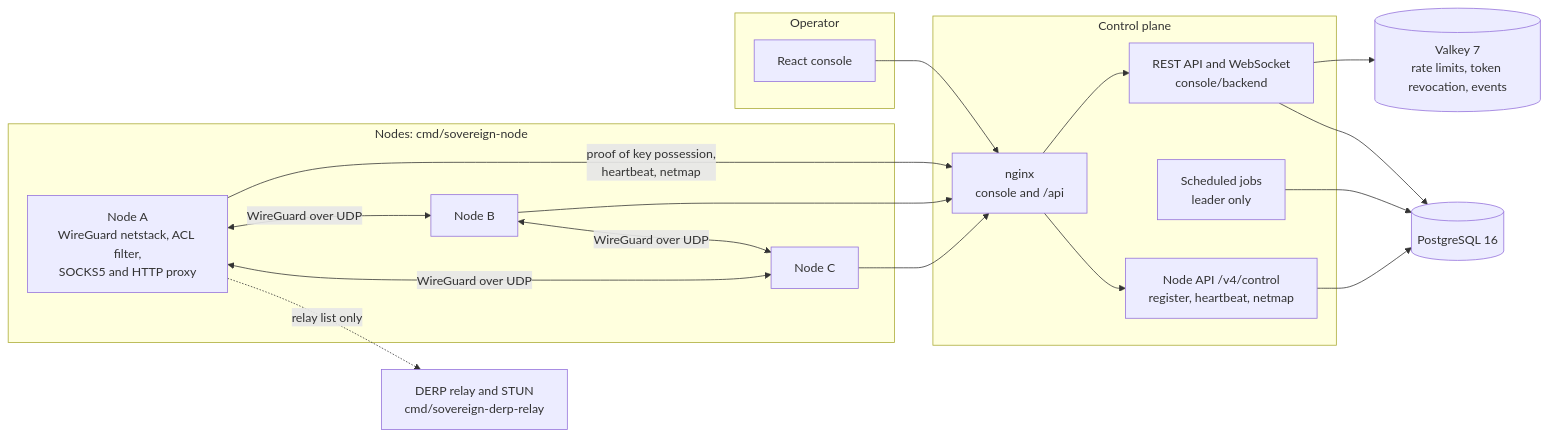
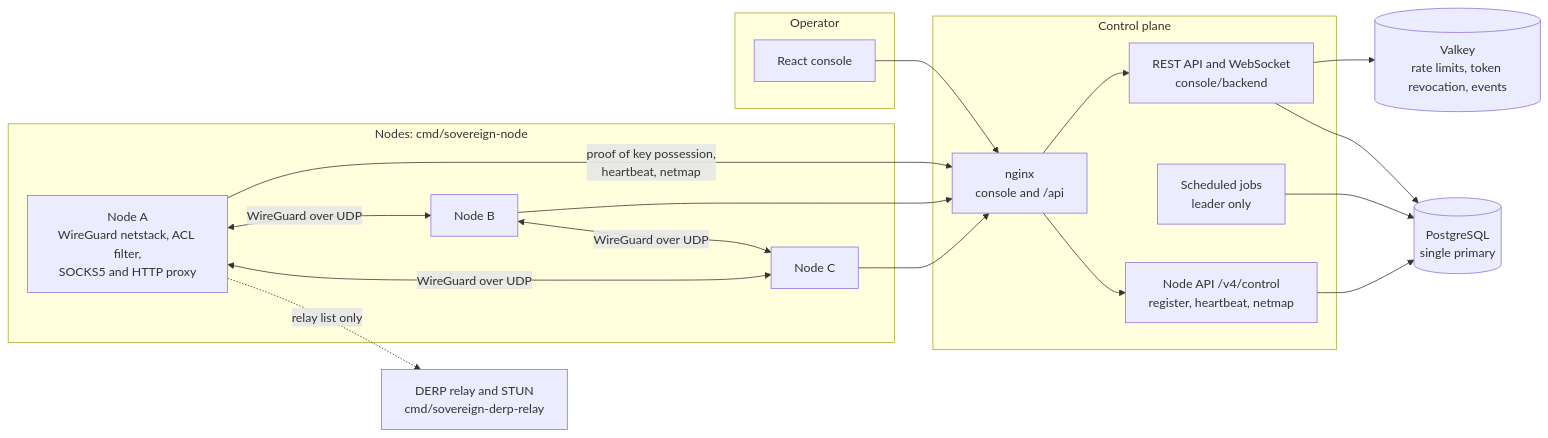
One commit to Mohamed-DN/neronet-proxy changed the first of 2 diagrams in README.md. Above: the diagram before and after it, drawn with Mermaid. The commit also changed other lines of this file and 3 other files, not shown here.

````diff
--- a/README.md
+++ b/README.md
@@ -64,38 +80,38 @@
 ```mermaid
 flowchart LR
   subgraph browser["Operator"]
     ui["React console"]
   end
 
   subgraph cp["Control plane"]
     edge["nginx<br/>console and /api"]
     api["REST API and WebSocket<br/>console/backend"]
     nodeapi["Node API /v4/control<br/>register, heartbeat, netmap"]
     leader["Scheduled jobs<br/>leader only"]
   end
 
-  pg[("PostgreSQL 16")]
-  vk[("Valkey 7<br/>rate limits, token revocation, events")]
+  pg[("PostgreSQL<br/>single primary")]
+  vk[("Valkey<br/>rate limits, token revocation, events")]
 
   subgraph fleet["Nodes: cmd/sovereign-node"]
     a["Node A<br/>WireGuard netstack, ACL filter,<br/>SOCKS5 and HTTP proxy"]
     b["Node B"]
     c["Node C"]
   end
 
   derp["DERP relay and STUN<br/>cmd/sovereign-derp-relay"]
 
   ui --> edge --> api
   api --> pg
   api --> vk
   leader --> pg
   edge --> nodeapi
   nodeapi --> pg
   a -->|"proof of key possession,<br/>heartbeat, netmap"| edge
   b --> edge
   c --> edge
   a <-->|"WireGuard over UDP"| b
   b <-->|"WireGuard over UDP"| c
   a <-->|"WireGuard over UDP"| c
   a -.->|"relay list only"| derp
 ```
````
